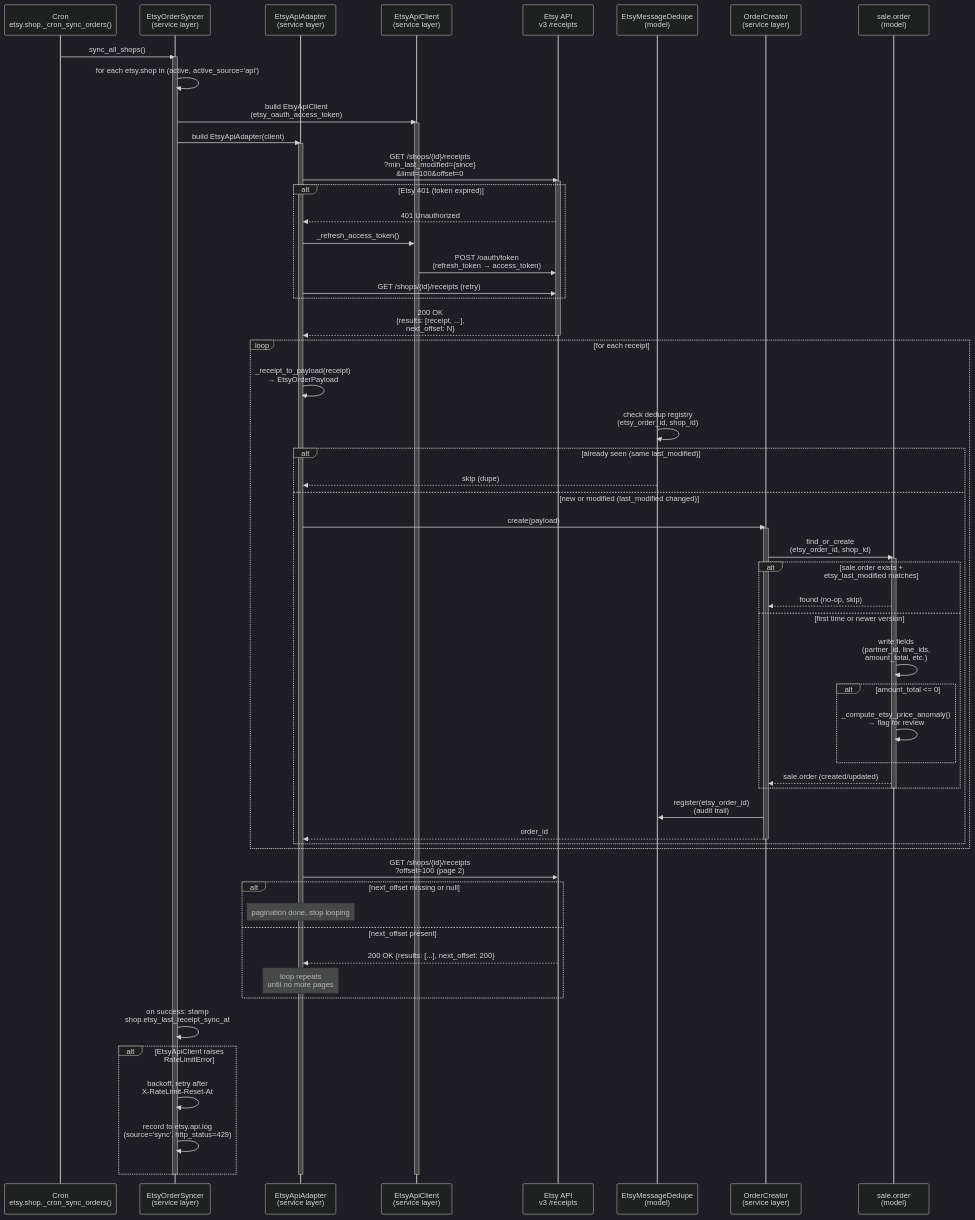
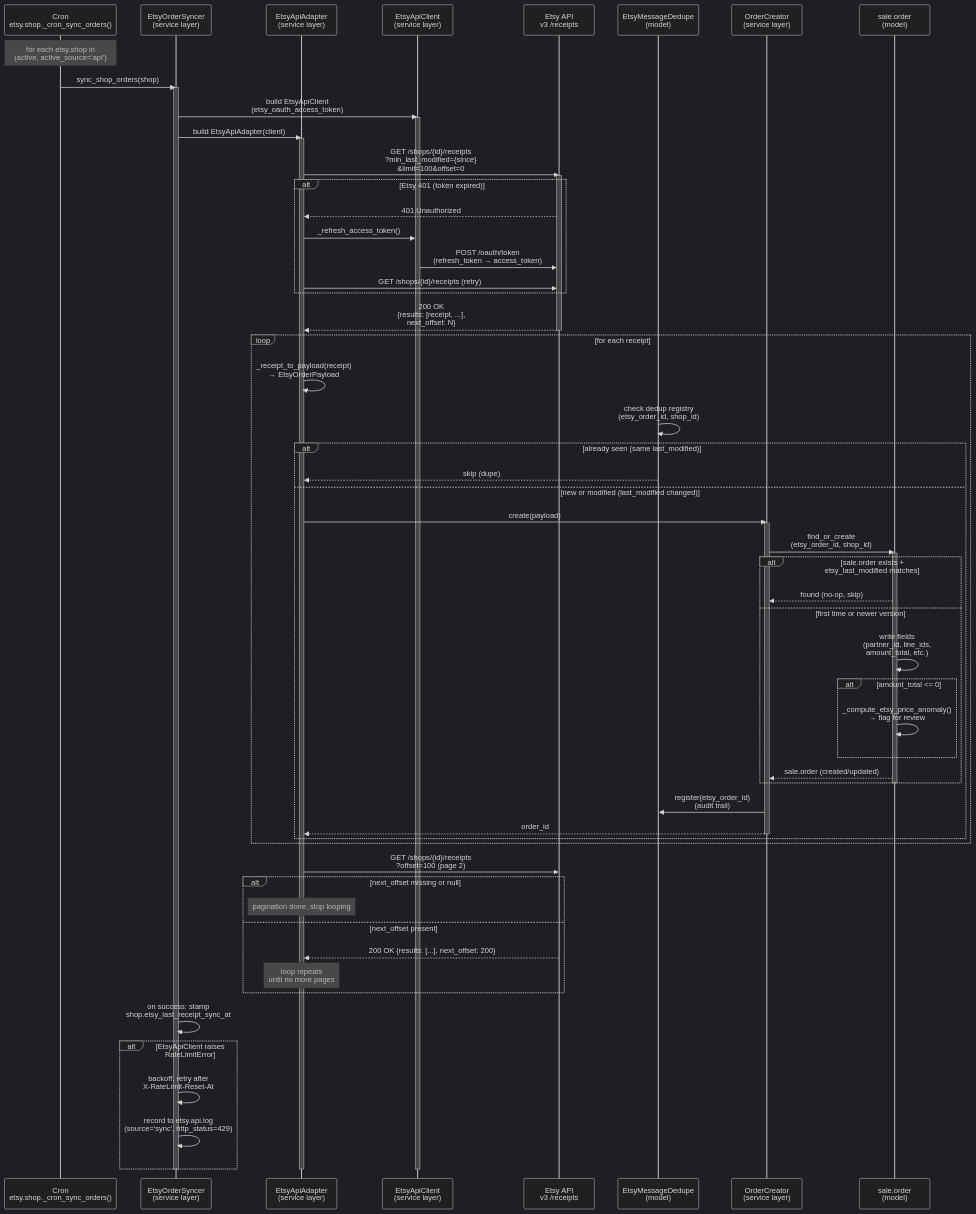
The first of 8 diagrams in docs/sds/04a-sequence-flows.md (baoha-erptek/odoo), drawn with Mermaid (dark theme) before and after one commit. The commit also changed 2 other files, not shown here.

Commit message:
[docs] fix(sds): complete cron inventory, add missing models, fix ingest sequence
- 03-integrations §7: add ir_cron_etsy_refresh_currency_rates,
  ir_cron_catalog_sync, cron_logistics_inbox_poller; per-entry File
  rows; retitle 7.3 to Fulfillment Crons
- 02a-data-model: add etsy.order.ticket (Cluster 1) and
  label.status.option (Cluster 3) — both had ACLs but no SDS coverage
- 04a §1: cron loops shops calling sync_shop_orders(shop); no
  sync_all_shops method exists on EtsyOrderSyncer

```diff
--- a/docs/sds/04a-sequence-flows.md
+++ b/docs/sds/04a-sequence-flows.md
@@ -32,10 +32,9 @@
     participant Creator as OrderCreator<br/>(service layer)
     participant SO as sale.order<br/>(model)
 
-    Cron->>Syncer: sync_all_shops()
+    Note over Cron: for each etsy.shop in<br/>(active, active_source='api')
+    Cron->>Syncer: sync_shop_orders(shop)
     activate Syncer
-    
-    Syncer->>Syncer: for each etsy.shop in (active, active_source='api')
     
     Syncer->>Client: build EtsyApiClient<br/>(etsy_oauth_access_token)
     activate Client
```
